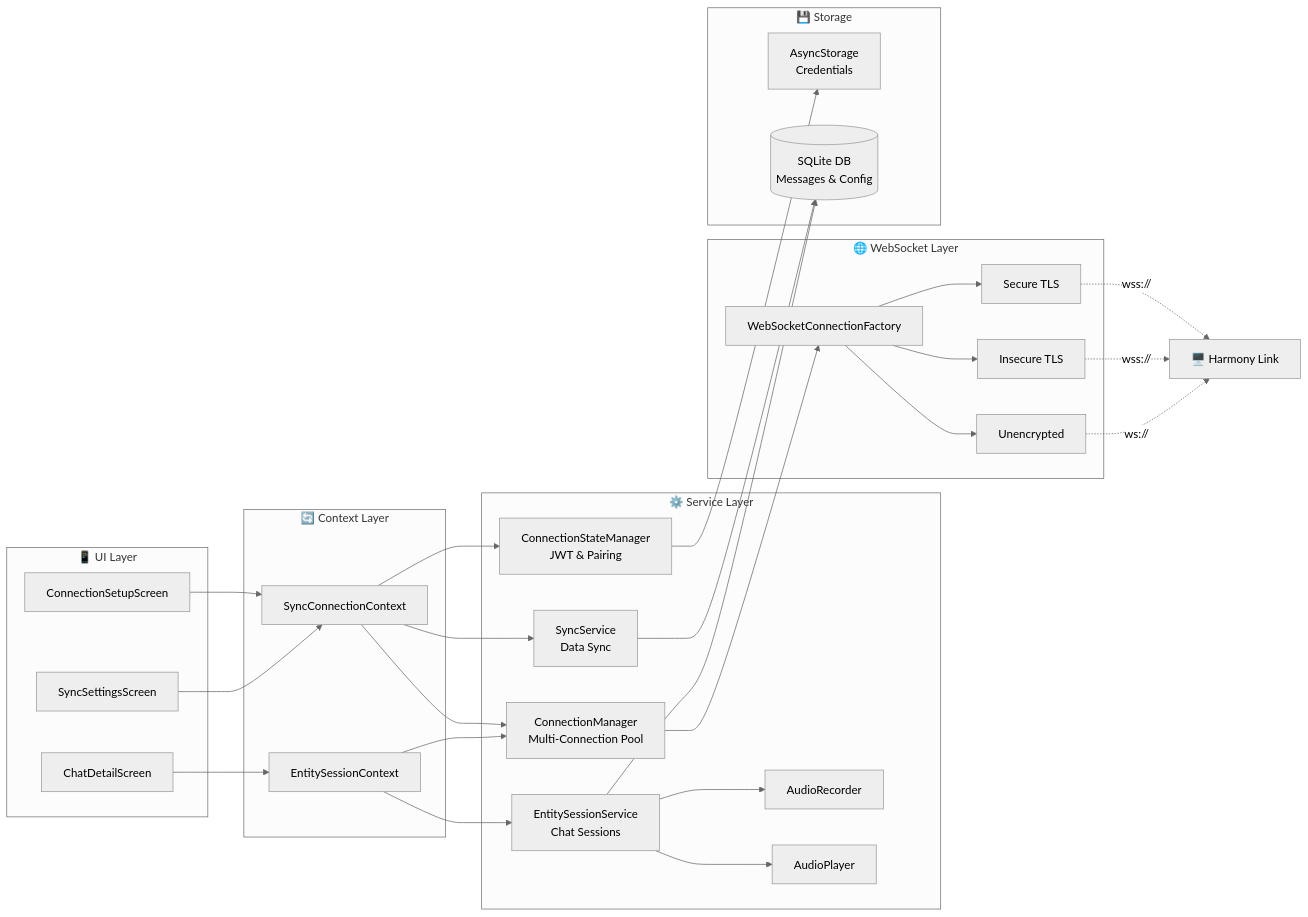
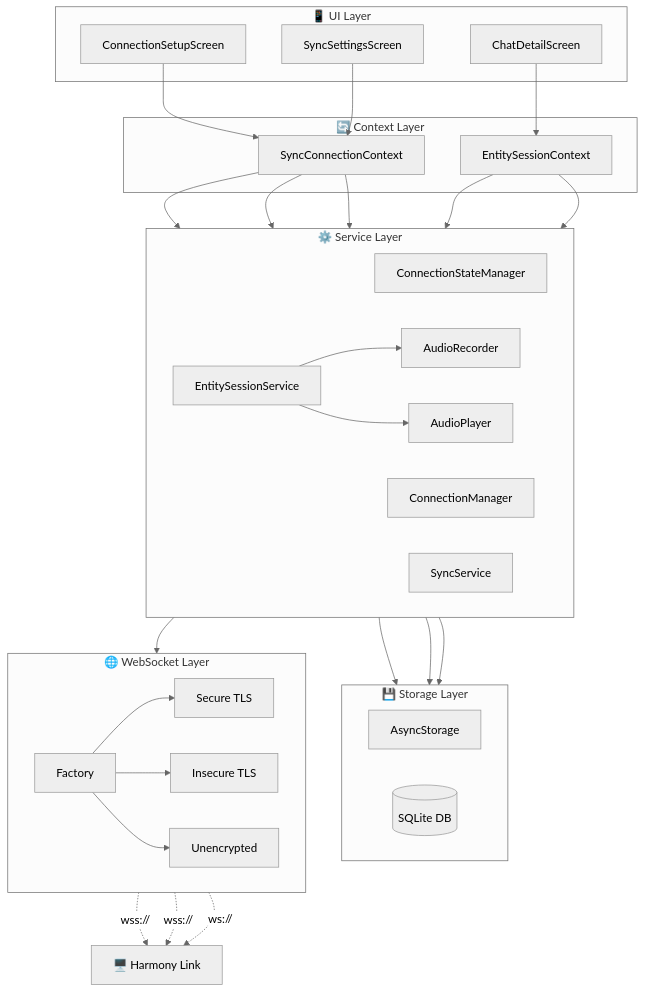
The first of 3 diagrams in docs/harmony-link-diagrams/01-connection-architecture.md (harmony-ai-solutions/harmony-ai-app), drawn with Mermaid (neutral theme) before and after one commit.

````diff
--- a/docs/harmony-link-diagrams/01-connection-architecture.md
+++ b/docs/harmony-link-diagrams/01-connection-architecture.md
@@ -7,60 +7,62 @@
 ```mermaid
-graph LR
+graph TD
     subgraph UI["📱 UI Layer"]
         Setup[ConnectionSetupScreen]
         Chat[ChatDetailScreen]
         Sync[SyncSettingsScreen]
     end
     
     subgraph Context["🔄 Context Layer"]
         SyncCtx[SyncConnectionContext]
         EntityCtx[EntitySessionContext]
     end
     
     subgraph Services["⚙️ Service Layer"]
-        CSM[ConnectionStateManager<br/>JWT & Pairing]
-        CM[ConnectionManager<br/>Multi-Connection Pool]
-        SS[SyncService<br/>Data Sync]
-        ESS[EntitySessionService<br/>Chat Sessions]
+        direction LR
+        CSM[ConnectionStateManager]
+        CM[ConnectionManager]
+        SS[SyncService]
+        ESS[EntitySessionService]
         AR[AudioRecorder]
         AP[AudioPlayer]
     end
     
+    subgraph Storage["💾 Storage Layer"]
+        direction LR
+        AS[AsyncStorage]
+        DB[(SQLite DB)]
+    end
+    
     subgraph WS["🌐 WebSocket Layer"]
-        Factory[WebSocketConnectionFactory]
+        direction LR
+        Factory[Factory]
         Secure[Secure TLS]
         Insecure[Insecure TLS]
         Unencrypted[Unencrypted]
-    end
-    
-    subgraph Storage["💾 Storage"]
-        AS[AsyncStorage<br/>Credentials]
-        DB[(SQLite DB<br/>Messages & Config)]
     end
     
     Setup --> SyncCtx
     Chat --> EntityCtx
     Sync --> SyncCtx
     
     SyncCtx --> CSM
     SyncCtx --> CM
     SyncCtx --> SS
-    
     EntityCtx --> ESS
     EntityCtx --> CM
     
     CSM --> AS
     SS --> DB
     ESS --> DB
     ESS --> AR
     ESS --> AP
     
     CM --> Factory
     Factory --> Secure
     Factory --> Insecure
     Factory --> Unencrypted
     
     Secure -.->|wss://| HL[🖥️ Harmony Link]
     Insecure -.->|wss://| HL
     Unencrypted -.->|ws://| HL
 ```
````
